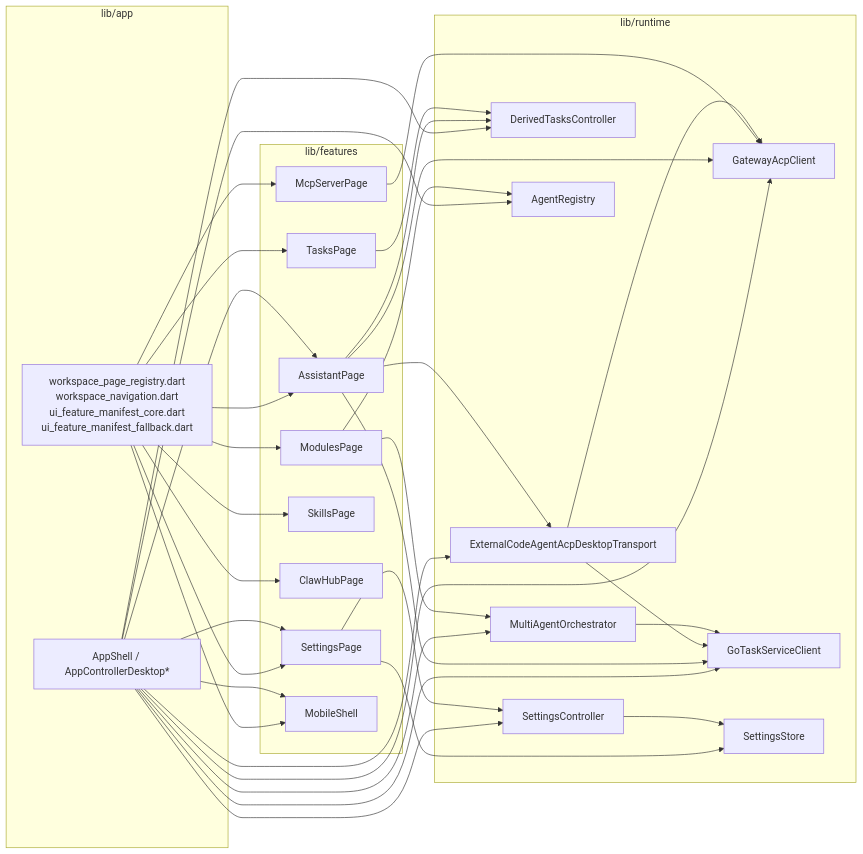
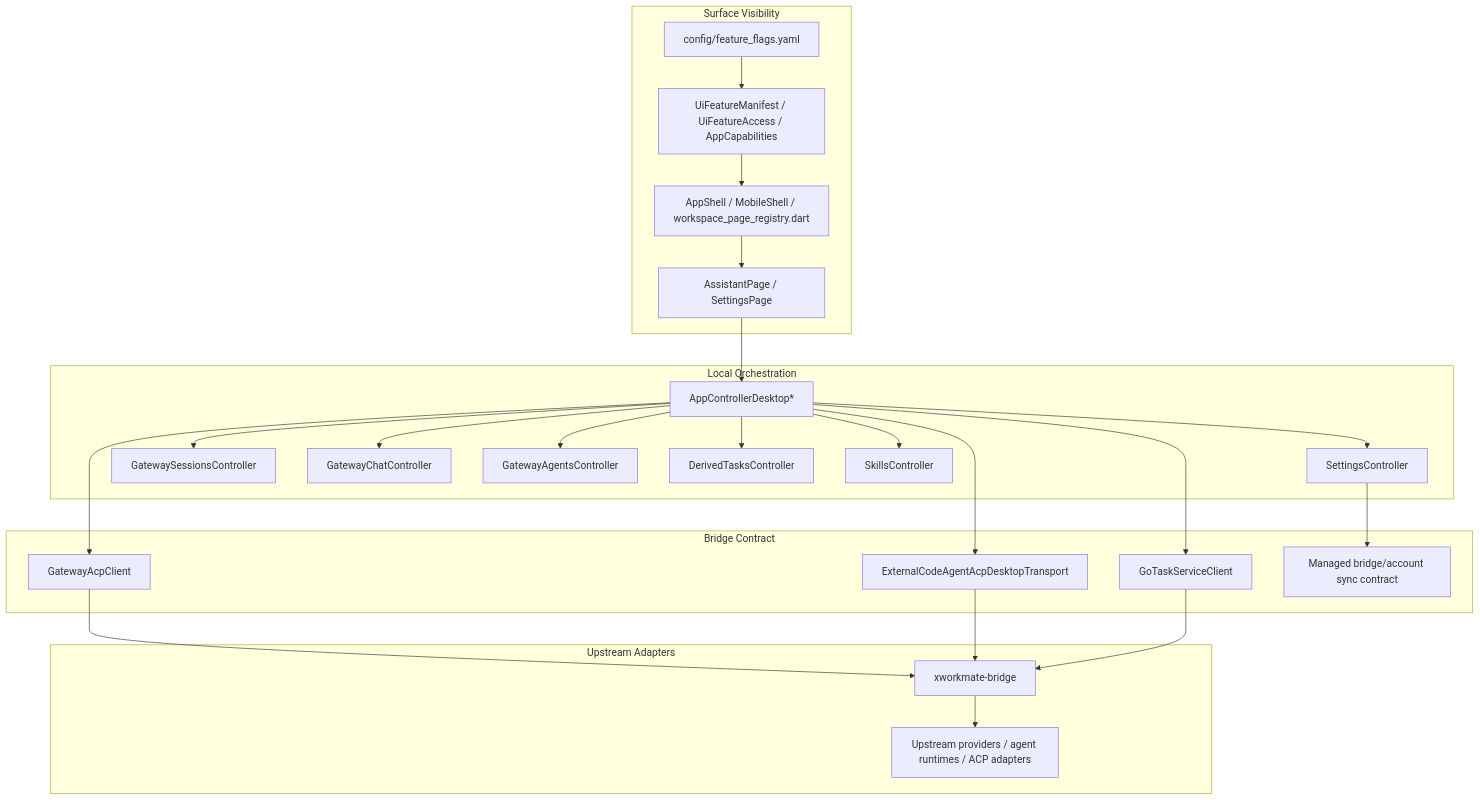
One commit to x-evor/xworkmate changed the first of 2 diagrams in docs/architecture/xworkmate-core-module-inventory-2026-04-13.md. Above: the diagram before and after it, drawn with Mermaid. The commit also changed other lines of this file and 30 other files, not shown here.

Commit message:
Clean C/S surfaces down to assistant and settings

````diff
--- a/docs/architecture/xworkmate-core-module-inventory-2026-04-13.md
+++ b/docs/architecture/xworkmate-core-module-inventory-2026-04-13.md
@@ -29,65 +18,48 @@
 ```mermaid
-flowchart LR
-    subgraph APP["lib/app"]
-        A1["workspace_page_registry.dart<br/>workspace_navigation.dart<br/>ui_feature_manifest_core.dart<br/>ui_feature_manifest_fallback.dart"]
-        A2["AppShell / AppControllerDesktop*"]
+flowchart TD
+    subgraph L1["Surface Visibility"]
+        A1["config/feature_flags.yaml"]
+        A2["UiFeatureManifest / UiFeatureAccess / AppCapabilities"]
+        A3["AppShell / MobileShell / workspace_page_registry.dart"]
+        A4["AssistantPage / SettingsPage"]
     end
 
-    subgraph FEATURES["lib/features"]
-        F1["AssistantPage"]
-        F2["SettingsPage"]
-        F3["TasksPage"]
-        F4["ModulesPage"]
-        F5["SkillsPage"]
-        F6["ClawHubPage"]
-        F7["McpServerPage"]
-        F8["MobileShell"]
+    subgraph L2["Local Orchestration"]
+        B1["AppControllerDesktop*"]
+        B2["SettingsController"]
+        B3["GatewaySessionsController"]
+        B4["GatewayChatController"]
+        B5["GatewayAgentsController"]
+        B6["DerivedTasksController"]
+        B7["SkillsController"]
     end
 
-    subgraph RUNTIME["lib/runtime"]
-        R1["SettingsController"]
-        R2["DerivedTasksController"]
-        R3["GatewayAcpClient"]
-        R4["ExternalCodeAgentAcpDesktopTransport"]
-        R5["GoTaskServiceClient"]
-        R6["AgentRegistry"]
-        R7["MultiAgentOrchestrator"]
-        R8["SettingsStore"]
+    subgraph L3["Bridge Contract"]
+        C1["GatewayAcpClient"]
+        C2["ExternalCodeAgentAcpDesktopTransport"]
+        C3["GoTaskServiceClient"]
+        C4["Managed bridge/account sync contract"]
     end
 
-    A1 --> F1
-    A1 --> F2
-    A1 --> F3
-    A1 --> F4
-    A1 --> F5
-    A1 --> F6
-    A1 --> F7
-    A1 --> F8
+    subgraph L4["Upstream Adapters"]
+        D1["xworkmate-bridge"]
+        D2["Upstream providers / agent runtimes / ACP adapters"]
+    end
 
-    A2 --> F1
-    A2 --> F2
-    A2 --> F8
-    A2 --> R1
-    A2 --> R2
-    A2 --> R3
-    A2 --> R4
-    A2 --> R5
-    A2 --> R6
-    A2 --> R7
-
-    F1 --> R2
-    F1 --> R3
-    F1 --> R4
-    F1 --> R5
-    F2 --> R1
-    F2 --> R8
-    F3 --> R2
-    F4 --> R6
-    F4 --> R7
-    F7 --> R3
-
-    R1 --> R8
-    R4 --> R3
-    R4 --> R5
-    R7 --> R5
+    A1 --> A2 --> A3 --> A4
+    A4 --> B1
+    B1 --> B2
+    B1 --> B3
+    B1 --> B4
+    B1 --> B5
+    B1 --> B6
+    B1 --> B7
+    B1 --> C1
+    B1 --> C2
+    B1 --> C3
+    B2 --> C4
+    C1 --> D1
+    C2 --> D1
+    C3 --> D1
+    D1 --> D2
 ```
````
